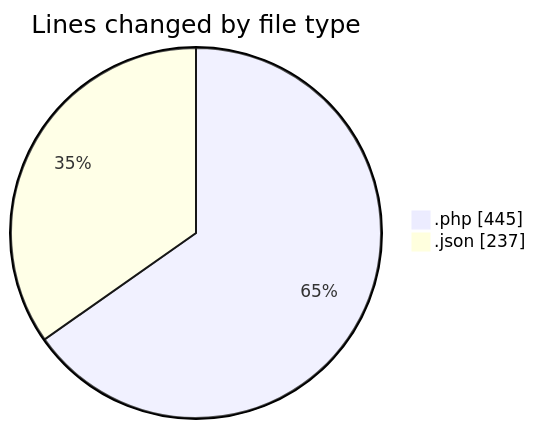
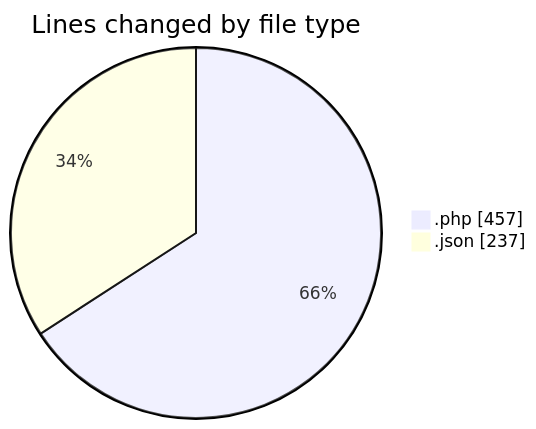
Before and after one commit to idhammustaqopulfikri/code-tracking: the first of 2 diagrams in 2025-06-02/studio-backend/README.md, drawn with Mermaid. The commit also changed other lines of this file and 1 other file, not shown here.

````diff
--- a/2025-06-02/studio-backend/README.md
+++ b/2025-06-02/studio-backend/README.md
@@ -27,6 +27,6 @@
 ```mermaid
 pie showData
 title Lines changed by file type
-".php" : 445
+".php" : 457
 ".json" : 237
 ```
````
